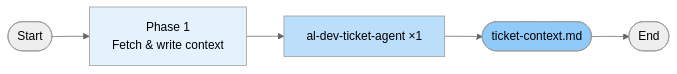
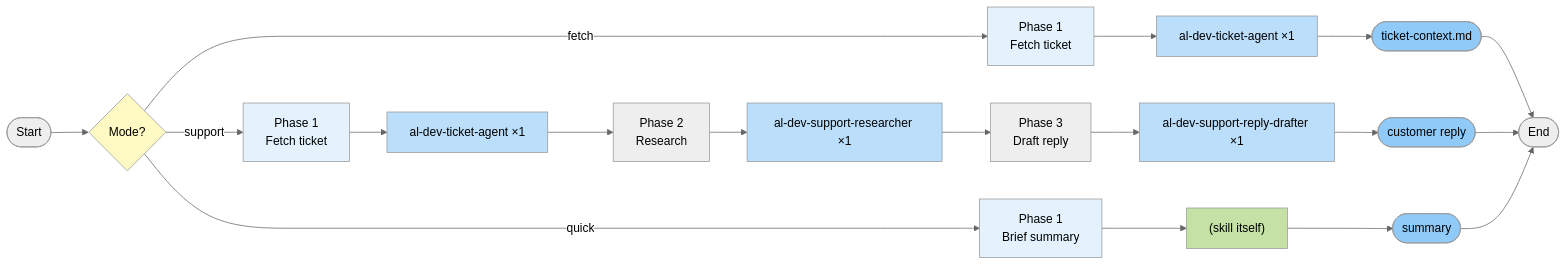
One commit to russell-laing/al-dev-shared changed the second of 18 diagrams in docs/al-dev-plugin-map.md. Above: the diagram before and after it, drawn with Mermaid (neutral theme). The commit also changed other lines of this file and 1 other file, not shown here.

First line of the commit message:
docs: sync plugin and agent maps with implementation changes

````diff
--- a/docs/al-dev-plugin-map.md
+++ b/docs/al-dev-plugin-map.md
@@ -95,11 +97,37 @@
 ```mermaid
 flowchart LR
-    Start([Start]) --> Phase1["Phase 1<br/>Fetch & write context"]
-    Phase1 --> Agent1["al-dev-ticket-agent ×1"]
-    Agent1 --> Output1(["ticket-context.md"])
-    Output1 --> End([End])
+    Start([Start]) --> Decision{Mode?}
+    
+    Decision -->|fetch| Phase1F["Phase 1<br/>Fetch ticket"]
+    Phase1F --> Agent1F["al-dev-ticket-agent ×1"]
+    Agent1F --> Output1F(["ticket-context.md"])
+    
+    Decision -->|support| Phase1S["Phase 1<br/>Fetch ticket"]
+    Phase1S --> Agent1S["al-dev-ticket-agent ×1"]
+    Agent1S --> Phase2S["Phase 2<br/>Research"]
+    Phase2S --> Agent2S["al-dev-support-researcher ×1"]
+    Agent2S --> Phase3S["Phase 3<br/>Draft reply"]
+    Phase3S --> Agent3S["al-dev-support-reply-drafter ×1"]
+    Agent3S --> Output1S(["customer reply"])
+    
+    Decision -->|quick| Phase1Q["Phase 1<br/>Brief summary"]
+    Phase1Q --> Agent1Q["(skill itself)"]
+    Agent1Q --> Output1Q(["summary"])
+    
+    Output1F --> End([End])
+    Output1S --> End
+    Output1Q --> End
 
-    style Phase1 fill:#e3f2fd
-    style Agent1 fill:#bbdefb
-    style Output1 fill:#90caf9
+    style Decision fill:#fff9c4
+    style Phase1F fill:#e3f2fd
+    style Phase1S fill:#e3f2fd
+    style Phase1Q fill:#e3f2fd
+    style Agent1F fill:#bbdefb
+    style Agent1S fill:#bbdefb
+    style Agent2S fill:#bbdefb
+    style Agent3S fill:#bbdefb
+    style Agent1Q fill:#c5e1a5
+    style Output1F fill:#90caf9
+    style Output1S fill:#90caf9
+    style Output1Q fill:#90caf9
 ```
````
